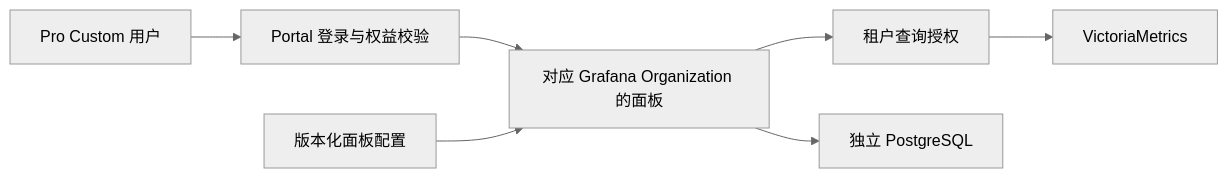
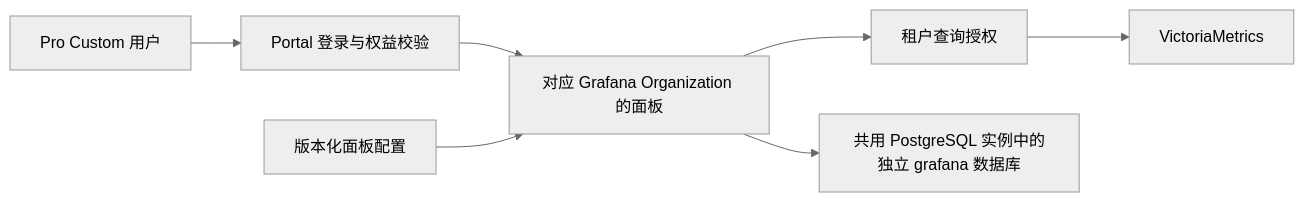
Before and after one commit to ai-workspace-services/knowledge: the diagram in docs/reference/platform-delivery/Pro-Custom与Grafana升级完整规划.md, drawn with Mermaid (neutral theme). The commit also changed other lines of this file and 4 other files, not shown here.

First line of the commit message:
docs: clarify shared PostgreSQL and record Grafana recovery evidence

````diff
--- a/docs/reference/platform-delivery/Pro-Custom与Grafana升级完整规划.md
+++ b/docs/reference/platform-delivery/Pro-Custom与Grafana升级完整规划.md
@@ -73,9 +75,9 @@
 ```mermaid
 flowchart LR
     U[Pro Custom 用户] --> P[Portal 登录与权益校验]
     P --> G[对应 Grafana Organization 的面板]
     G --> A[租户查询授权]
     A --> V[VictoriaMetrics]
-    G --> D[独立 PostgreSQL]
+    G --> D[共用 PostgreSQL 实例中的独立 grafana 数据库]
     C[版本化面板配置] --> G
 ```
````
